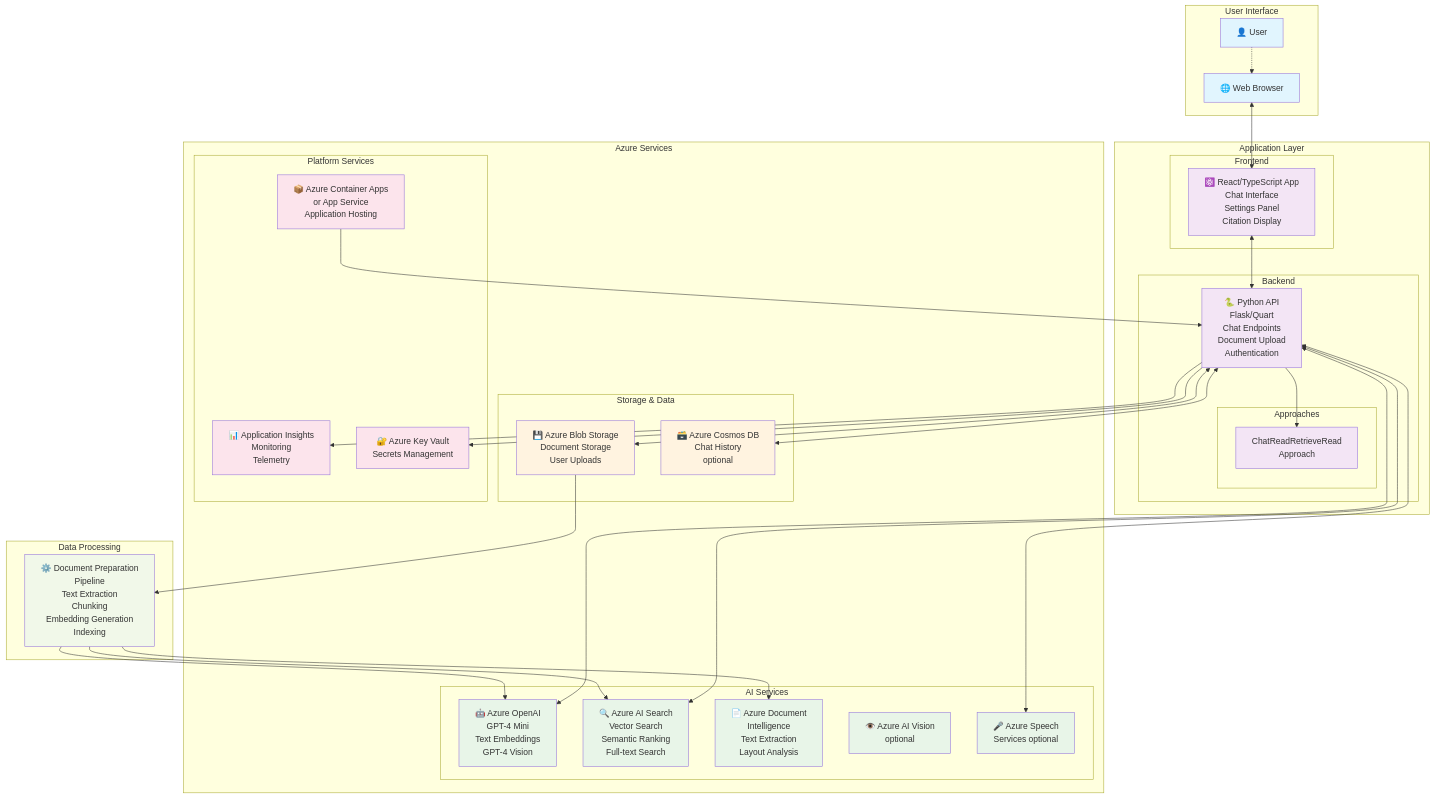
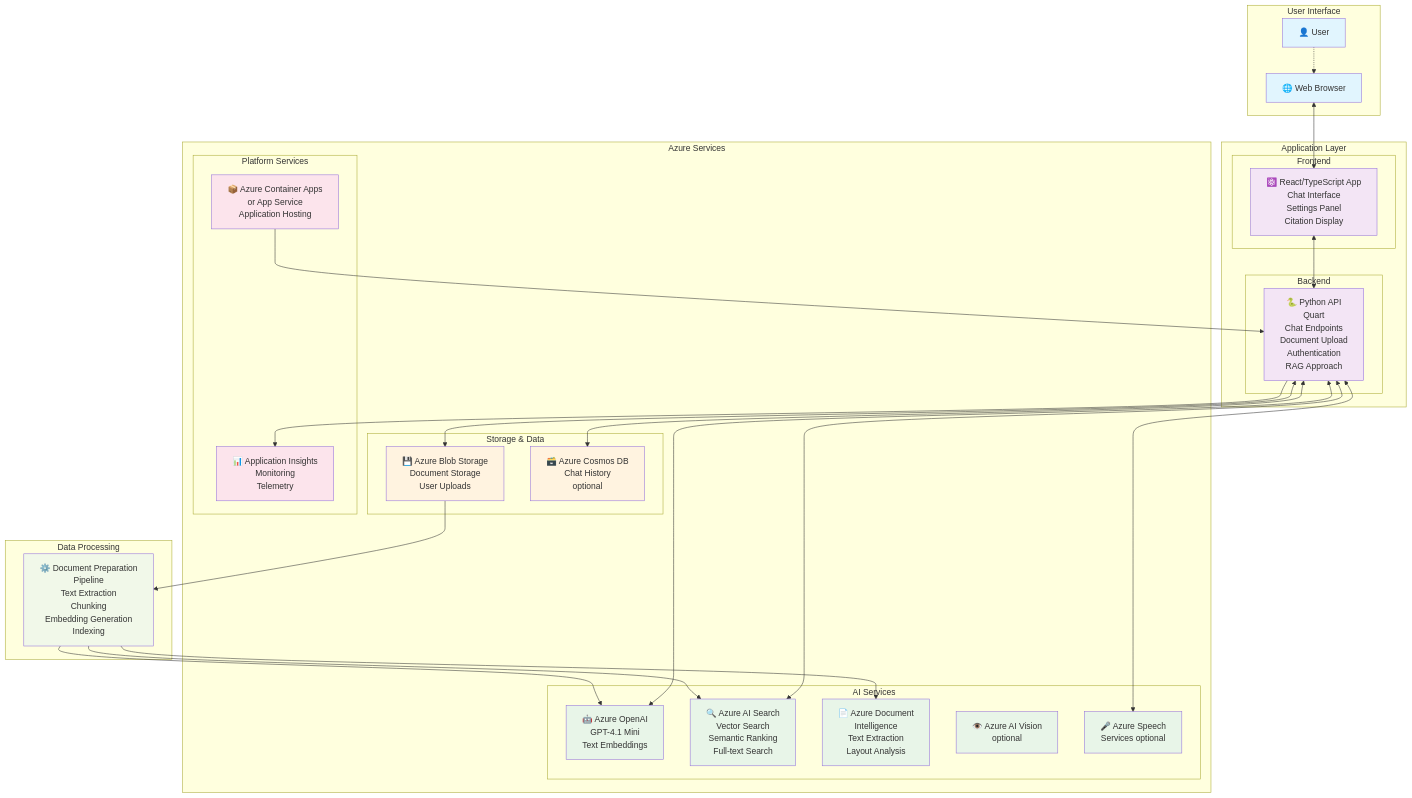
The first of 3 diagrams in docs/architecture.md (Azure-Samples/azure-search-openai-demo), drawn with Mermaid before and after one commit. The commit also changed other lines of this file and 8 other files, not shown here.

First line of the commit message:
Merge ChatReadRetrieveReadApproach into Approach class

````diff
--- a/docs/architecture.md
+++ b/docs/architecture.md
@@ -21,20 +21,16 @@
         end
 
         subgraph "Backend"
-            API[🐍 Python API<br/>Flask/Quart<br/>Chat Endpoints<br/>Document Upload<br/>Authentication]
-
-            subgraph "Approaches"
-                CRR[ChatReadRetrieveRead<br/>Approach]
-            end
+            API[🐍 Python API<br/>Quart<br/>Chat Endpoints<br/>Document Upload<br/>Authentication<br/>RAG Approach]
         end
     end
 
     subgraph "Azure Services"
         subgraph "AI Services"
-            OpenAI[🤖 Azure OpenAI<br/>GPT-4 Mini<br/>Text Embeddings<br/>GPT-4 Vision]
+            OpenAI[🤖 Azure OpenAI<br/>GPT-4.1 Mini<br/>Text Embeddings]
             Search[🔍 Azure AI Search<br/>Vector Search<br/>Semantic Ranking<br/>Full-text Search]
             DocIntel[📄 Azure Document<br/>Intelligence<br/>Text Extraction<br/>Layout Analysis]
-            Vision2[👁️ Azure AI Vision<br/>optional]
+            Vision[👁️ Azure AI Vision<br/>optional]
             Speech[🎤 Azure Speech<br/>Services optional]
         end
 
@@ -46,7 +42,6 @@
         subgraph "Platform Services"
             ContainerApps[📦 Azure Container Apps<br/>or App Service<br/>Application Hosting]
             AppInsights[📊 Application Insights<br/>Monitoring<br/>Telemetry]
-            KeyVault[🔐 Azure Key Vault<br/>Secrets Management]
         end
     end
 
@@ -58,9 +53,6 @@
     User -.-> Browser
     Browser <--> React
     React <--> API
-
-    %% Backend Processing
-    API --> CRR
 
     %% Azure Service Connections
     API <--> OpenAI
@@ -78,7 +70,6 @@
     %% Platform Integration
     ContainerApps --> API
     API --> AppInsights
-    API --> KeyVault
 
     %% Styling
     classDef userLayer fill:#e1f5fe
@@ -89,9 +80,9 @@
     classDef processing fill:#f1f8e9
 
     class User,Browser userLayer
-    class React,API,CRR appLayer
-    class OpenAI,Search,DocIntel,Vision2,Speech azureAI
+    class React,API appLayer
+    class OpenAI,Search,DocIntel,Vision,Speech azureAI
     class Blob,Cosmos azureStorage
-    class ContainerApps,AppInsights,KeyVault azurePlatform
+    class ContainerApps,AppInsights azurePlatform
     class PrepDocs processing
 ```
````
